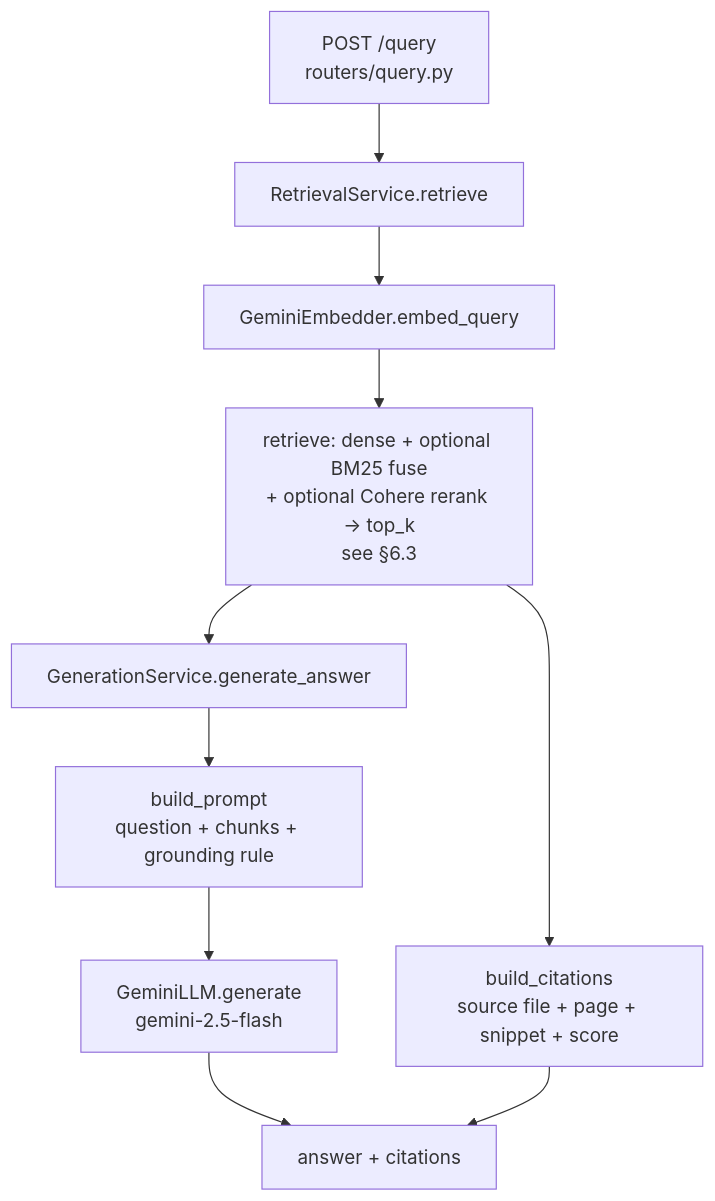
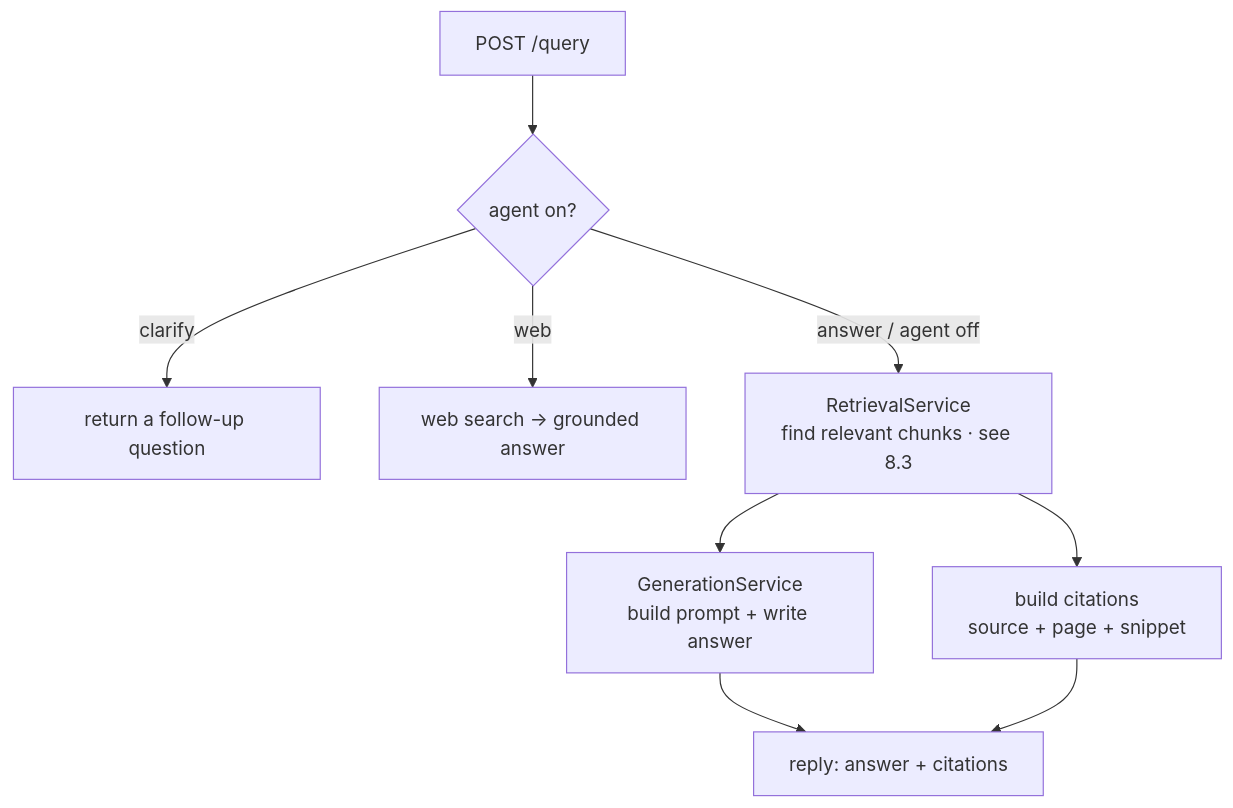
The fifth of 7 diagrams in README.md (RajatRajSharma/finQueryBackend), drawn with Mermaid before and after one commit. The commit also changed other lines of this file and 33 other files, not shown here.

````diff
--- a/README.md
+++ b/README.md
@@ -406,12 +284,11 @@
 ```mermaid
 flowchart TD
-    A[POST /query<br/>routers/query.py] --> B[RetrievalService.retrieve]
-    B --> B1[GeminiEmbedder.embed_query]
-    B1 --> B2[retrieve: dense + optional BM25 fuse<br/>+ optional Cohere rerank → top_k<br/>see §6.3]
-    B2 --> C[GenerationService.generate_answer]
-    C --> C1[build_prompt<br/>question + chunks + grounding rule]
-    C1 --> C2[GeminiLLM.generate<br/>gemini-2.5-flash]
-    B2 --> D[build_citations<br/>source file + page + snippet + score]
-    C2 --> E[QueryResponse]
-    D --> E[answer + citations]
+    A[POST /query] --> AG{agent on?}
+    AG -- clarify --> CL[return a follow-up question]
+    AG -- web --> WB[web search → grounded answer]
+    AG -- answer / agent off --> RT[RetrievalService<br/>find relevant chunks · see 8.3]
+    RT --> GEN[GenerationService<br/>build prompt + write answer]
+    RT --> CI[build citations<br/>source + page + snippet]
+    GEN --> OUT[reply: answer + citations]
+    CI --> OUT
 ```
````
